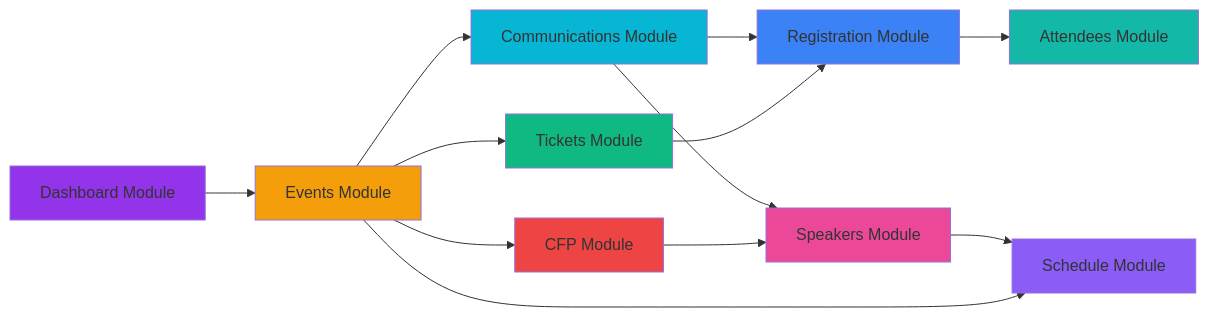
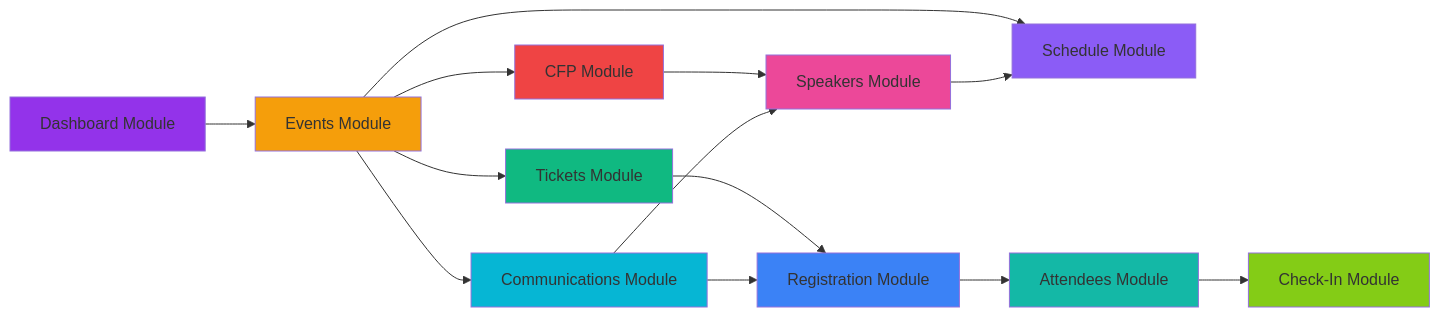
Before and after one commit to babblebey/events-ting: the second of 2 diagrams in docs/README.md, drawn with Mermaid. The commit also changed other lines of this file and 55 other files, not shown here.

````diff
--- a/docs/README.md
+++ b/docs/README.md
@@ -55,28 +55,30 @@
 ```mermaid
 graph LR
     Dashboard[Dashboard Module] --> Events[Events Module]
     
     Events --> Tickets[Tickets Module]
     Events --> CFP[CFP Module]
     Events --> Schedule[Schedule Module]
     Events --> Comms[Communications Module]
     
     Tickets --> Registration[Registration Module]
     Registration --> Attendees[Attendees Module]
+    Attendees --> CheckIn[Check-In Module]
     
     CFP --> Speakers[Speakers Module]
     Speakers --> Schedule
     
     Comms --> Registration
     Comms --> Speakers
     
     style Dashboard fill:#9333ea
     style Events fill:#f59e0b
     style Tickets fill:#10b981
     style Registration fill:#3b82f6
     style Schedule fill:#8b5cf6
     style Speakers fill:#ec4899
     style CFP fill:#ef4444
     style Comms fill:#06b6d4
     style Attendees fill:#14b8a6
+    style CheckIn fill:#84cc16
 ```
````
